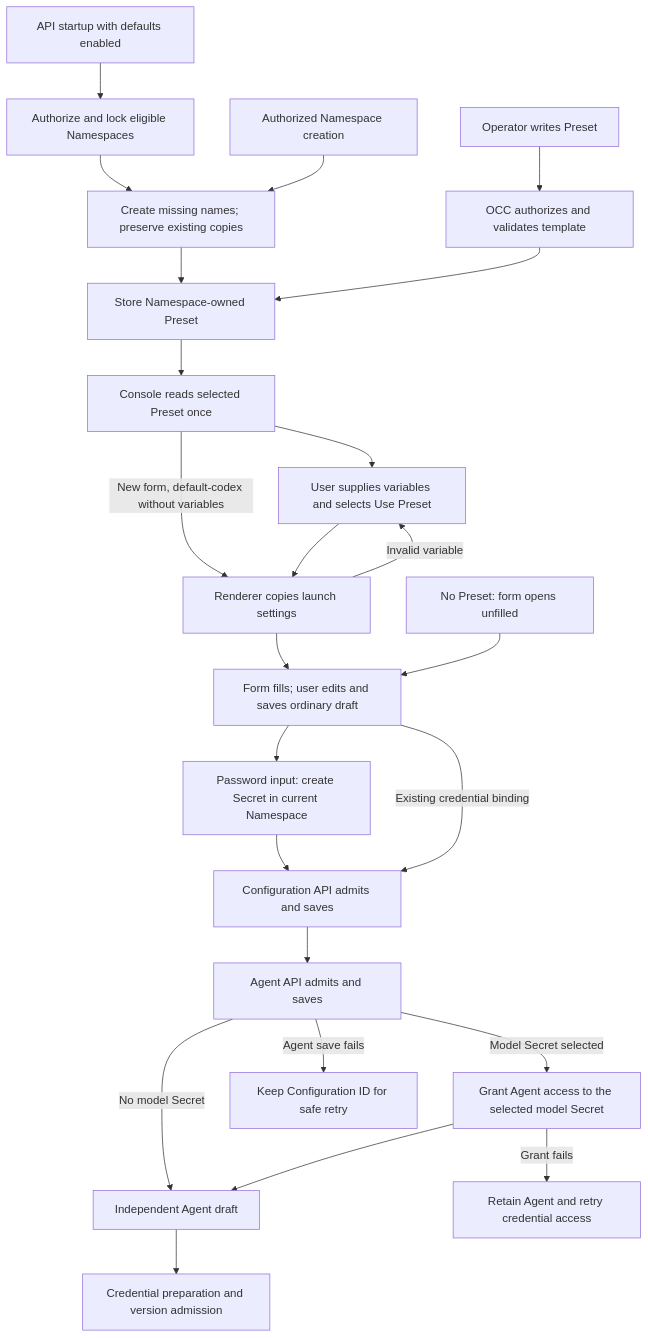
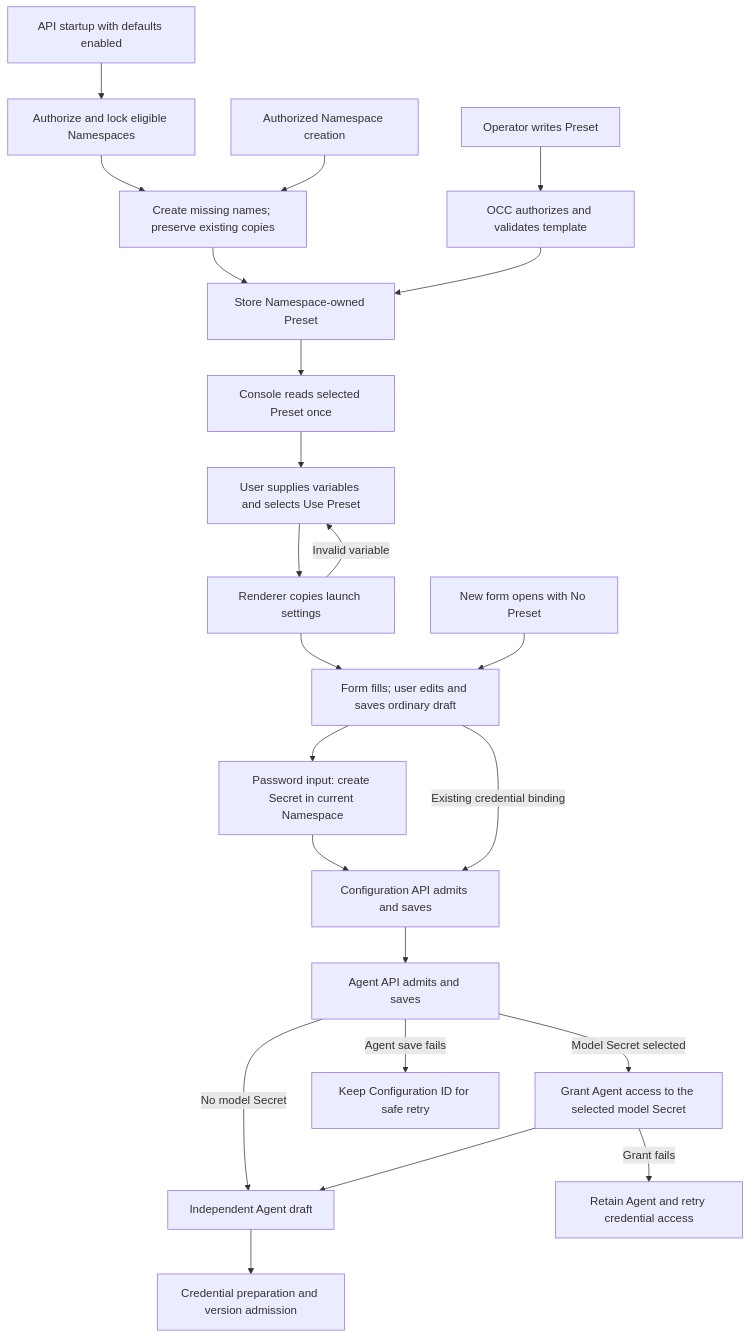
Before and after one commit to openclaw/openclaw-enterprise: the diagram in docs/flows/agent-presets.md, drawn with Mermaid. The commit also changed other lines of this file and 34 other files, not shown here.

````diff
--- a/docs/flows/agent-presets.md
+++ b/docs/flows/agent-presets.md
@@ -35,26 +35,25 @@
 ```mermaid
 graph TD
   S0["API startup with defaults enabled"] --> S1["Authorize and lock eligible Namespaces"]
   S1 --> S2["Create missing names; preserve existing copies"]
   S2 --> C
   N["Authorized Namespace creation"] --> S2
   A["Operator writes Preset"] --> B["OCC authorizes and validates template"]
   B --> C["Store Namespace-owned Preset"]
   C --> D["Console reads selected Preset once"]
   D --> E["User supplies variables and selects Use Preset"]
-  D -->|New form, default-codex without variables| F
   E --> F["Renderer copies launch settings"]
   F --> G["Form fills; user edits and saves ordinary draft"]
-  U["No Preset: form opens unfilled"] --> G
+  U["New form opens with No Preset"] --> G
   G --> S["Password input: create Secret in current Namespace"]
   S --> H["Configuration API admits and saves"]
   G -->|Existing credential binding| H
   H --> I["Agent API admits and saves"]
   I -->|Model Secret selected| O["Grant Agent access to the selected model Secret"]
   I -->|No model Secret| J
   O --> J["Independent Agent draft"]
   O -->|Grant fails| R["Retain Agent and retry credential access"]
   F -->|Invalid variable| E
   I -->|Agent save fails| K["Keep Configuration ID for safe retry"]
   J --> L["Credential preparation and version admission"]
 ```
````
